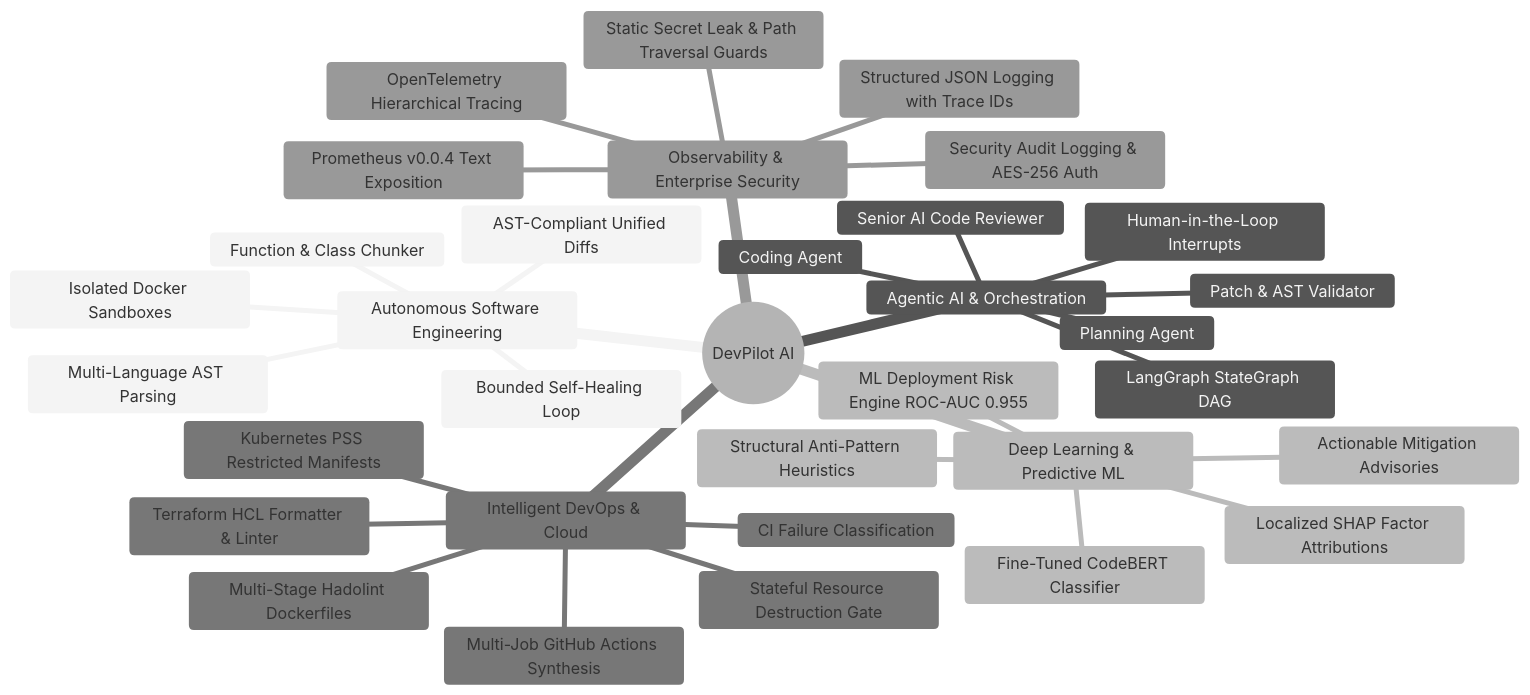
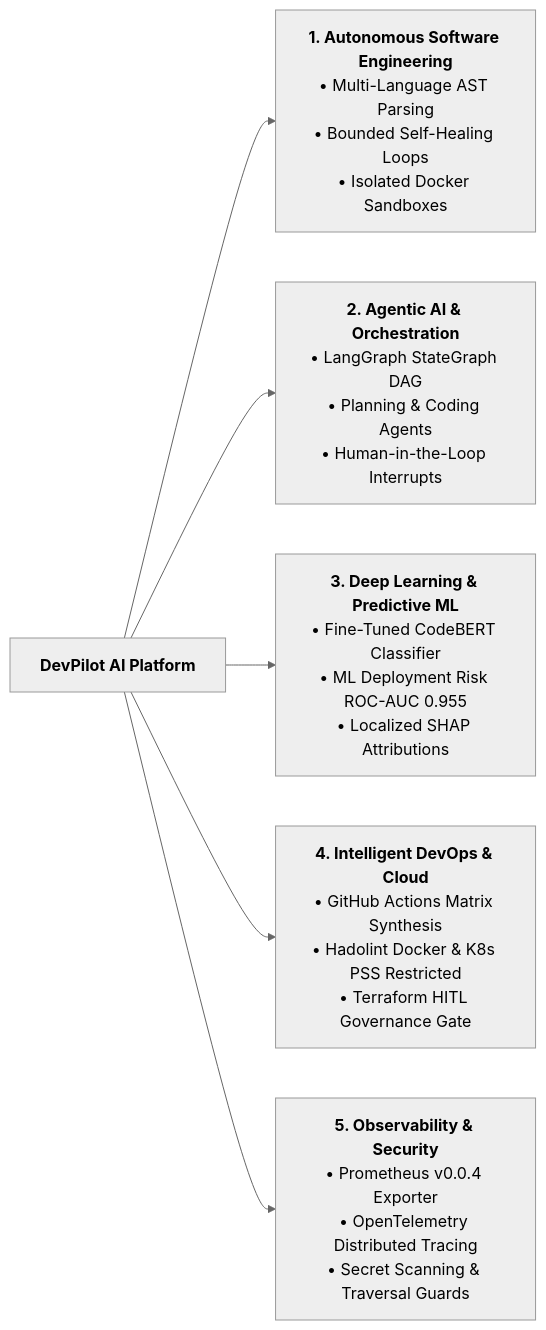
The first of 3 diagrams in README.md (swetak0911/DevPilot-AI), drawn with Mermaid (neutral theme) before and after one commit. The commit also changed other lines of this file, not shown here.

````diff
--- a/README.md
+++ b/README.md
@@ -33,36 +33,8 @@
 ```mermaid
-mindmap
-  root((DevPilot AI))
-    Autonomous Software Engineering
-      Multi-Language AST Parsing
-      Function & Class Chunker
-      AST-Compliant Unified Diffs
-      Bounded Self-Healing Loop
-      Isolated Docker Sandboxes
-    Agentic AI & Orchestration
-      LangGraph StateGraph DAG
-      Planning Agent
-      Coding Agent
-      Patch & AST Validator
-      Senior AI Code Reviewer
-      Human-in-the-Loop Interrupts
-    Deep Learning & Predictive ML
-      Fine-Tuned CodeBERT Classifier
-      Structural Anti-Pattern Heuristics
-      ML Deployment Risk Engine ROC-AUC 0.955
-      Localized SHAP Factor Attributions
-      Actionable Mitigation Advisories
-    Intelligent DevOps & Cloud
-      Multi-Job GitHub Actions Synthesis
-      CI Failure Classification
-      Multi-Stage Hadolint Dockerfiles
-      Kubernetes PSS Restricted Manifests
-      Terraform HCL Formatter & Linter
-      Stateful Resource Destruction Gate
-    Observability & Enterprise Security
-      Prometheus v0.0.4 Text Exposition
-      OpenTelemetry Hierarchical Tracing
-      Structured JSON Logging with Trace IDs
-      Security Audit Logging & AES-256 Auth
-      Static Secret Leak & Path Traversal Guards
+flowchart LR
+    Root["<b>DevPilot AI Platform</b>"] --> P1["<b>1. Autonomous Software Engineering</b><br/>• Multi-Language AST Parsing<br/>• Bounded Self-Healing Loops<br/>• Isolated Docker Sandboxes"]
+    Root --> P2["<b>2. Agentic AI & Orchestration</b><br/>• LangGraph StateGraph DAG<br/>• Planning & Coding Agents<br/>• Human-in-the-Loop Interrupts"]
+    Root --> P3["<b>3. Deep Learning & Predictive ML</b><br/>• Fine-Tuned CodeBERT Classifier<br/>• ML Deployment Risk ROC-AUC 0.955<br/>• Localized SHAP Attributions"]
+    Root --> P4["<b>4. Intelligent DevOps & Cloud</b><br/>• GitHub Actions Matrix Synthesis<br/>• Hadolint Docker & K8s PSS Restricted<br/>• Terraform HITL Governance Gate"]
+    Root --> P5["<b>5. Observability & Security</b><br/>• Prometheus v0.0.4 Exporter<br/>• OpenTelemetry Distributed Tracing<br/>• Secret Scanning & Traversal Guards"]
 ```
````
